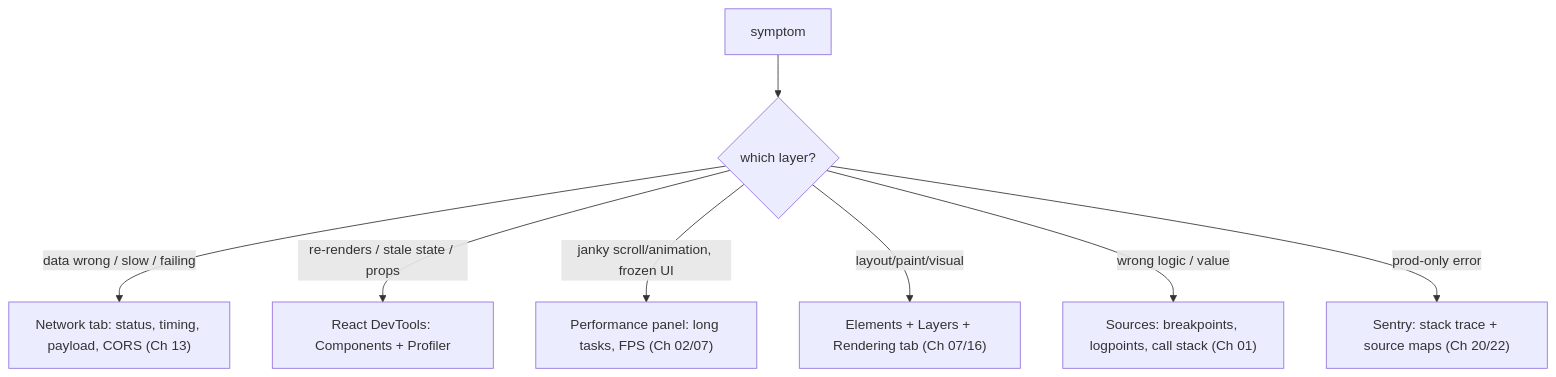
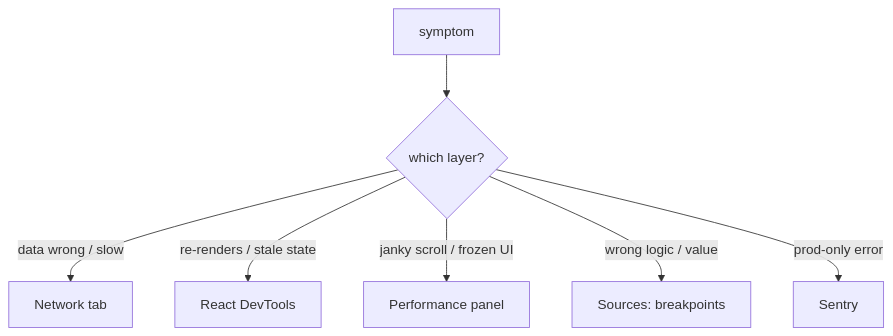
The diagram in packages/content/content/25-debugging-devtools.mdx (ashishxcode/frontend-internals), drawn with Mermaid before and after one commit. The commit also changed other lines of this file and 34 other files, not shown here.

````diff
--- a/packages/content/content/25-debugging-devtools.mdx
+++ b/packages/content/content/25-debugging-devtools.mdx
@@ -44,10 +28,9 @@
 ```mermaid
 flowchart TD
   bug[symptom] --> q{which layer?}
-  q -->|"data wrong / slow / failing"| net["Network tab: status, timing, payload, CORS (Ch 13)"]
-  q -->|"re-renders / stale state / props"| rdt["React DevTools: Components + Profiler"]
-  q -->|"janky scroll/animation, frozen UI"| perf["Performance panel: long tasks, FPS (Ch 02/07)"]
-  q -->|"layout/paint/visual"| elem["Elements + Layers + Rendering tab (Ch 07/16)"]
-  q -->|"wrong logic / value"| brk["Sources: breakpoints, logpoints, call stack (Ch 01)"]
-  q -->|"prod-only error"| sentry["Sentry: stack trace + source maps (Ch 20/22)"]
+  q -->|"data wrong / slow"| net["Network tab"]
+  q -->|"re-renders / stale state"| rdt["React DevTools"]
+  q -->|"janky scroll / frozen UI"| perf["Performance panel"]
+  q -->|"wrong logic / value"| brk["Sources: breakpoints"]
+  q -->|"prod-only error"| sentry["Sentry"]
 ```
````
